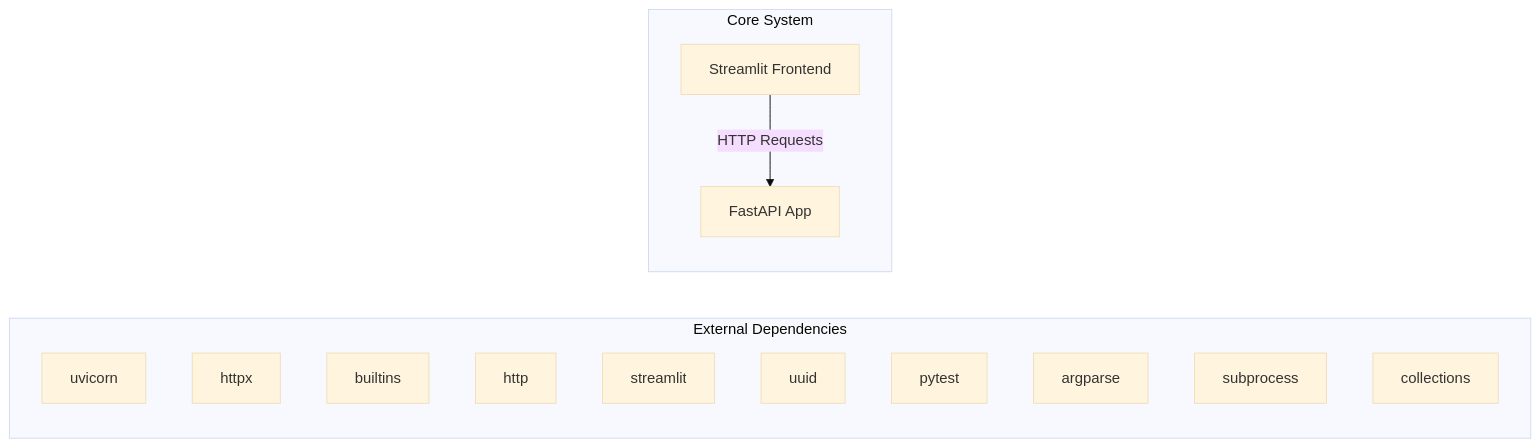
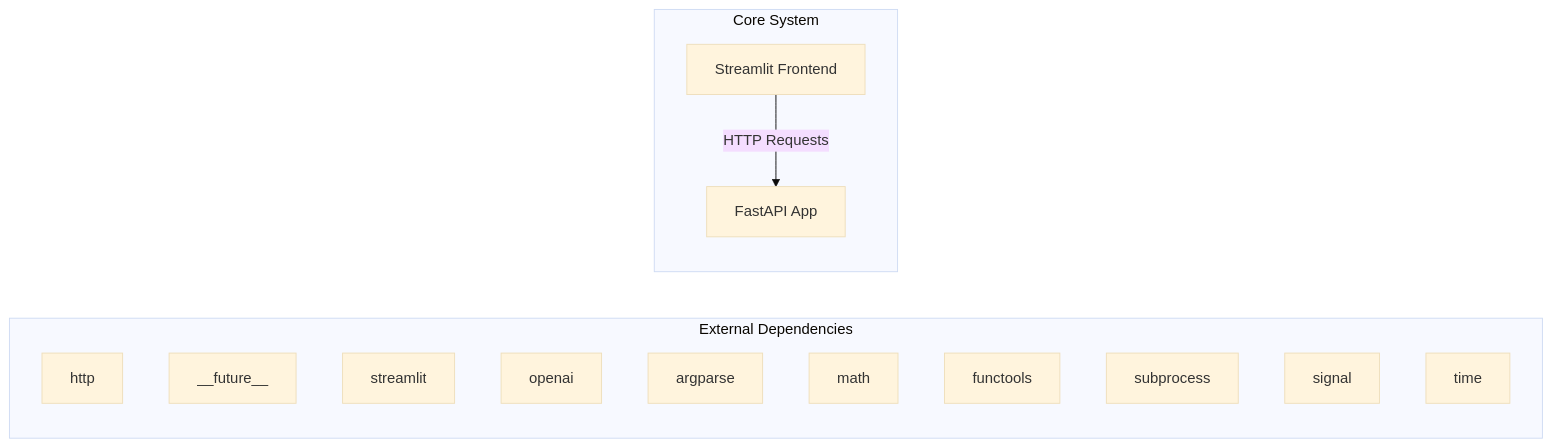
The first of 2 diagrams in docs/architecture.md (NITISH-R-G/rag-context-optimizer), drawn with Mermaid (base theme) before and after one commit. The commit also changed 1 other file, not shown here.

Commit message:
docs: auto-update repository knowledge, architecture diagrams, and documentation

````diff
--- a/docs/architecture.md
+++ b/docs/architecture.md
@@ -7,20 +7,20 @@
 ```mermaid
 graph LR
     subgraph External Dependencies
-        E0["uvicorn"]
-        E1["httpx"]
-        E2["builtins"]
-        E3["http"]
-        E4["streamlit"]
-        E5["uuid"]
-        E6["pytest"]
-        E7["argparse"]
-        E8["subprocess"]
-        E9["collections"]
+        E0["http"]
+        E1["__future__"]
+        E2["streamlit"]
+        E3["openai"]
+        E4["argparse"]
+        E5["math"]
+        E6["functools"]
+        E7["subprocess"]
+        E8["signal"]
+        E9["time"]
     end
     subgraph Core System
         API["FastAPI App"]
         UI["Streamlit Frontend"]
     end
     UI -->|HTTP Requests| API
 ```
````
